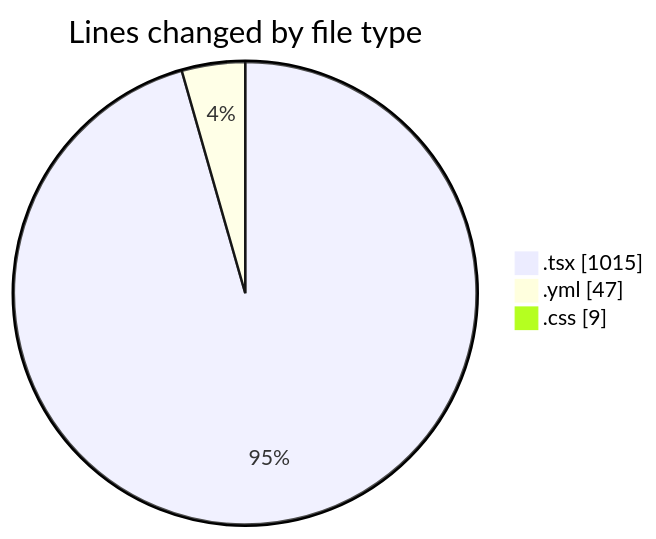
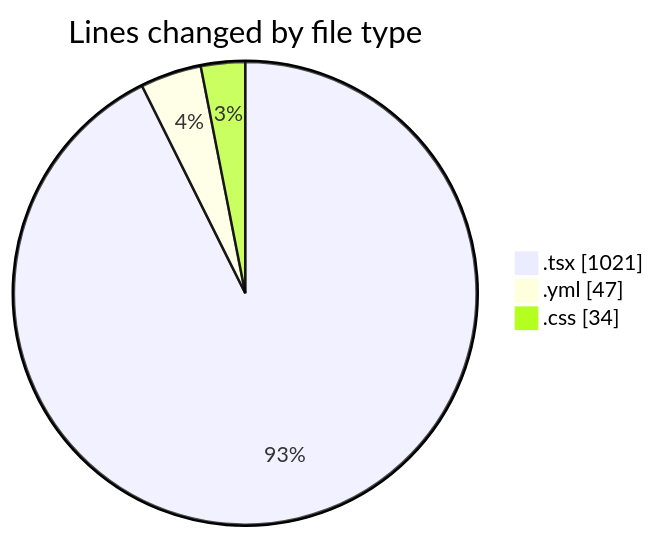
Before and after one commit to robertbonfada/code-tracking: the first of 2 diagrams in 2025-02-05/mbc-web/README.md, drawn with Mermaid. The commit also changed other lines of this file and 1 other file, not shown here.

````diff
--- a/2025-02-05/mbc-web/README.md
+++ b/2025-02-05/mbc-web/README.md
@@ -28,7 +29,7 @@
 ```mermaid
 pie showData
 title Lines changed by file type
-".tsx" : 1015
+".tsx" : 1021
 ".yml" : 47
-".css" : 9
+".css" : 34
 ```
````
